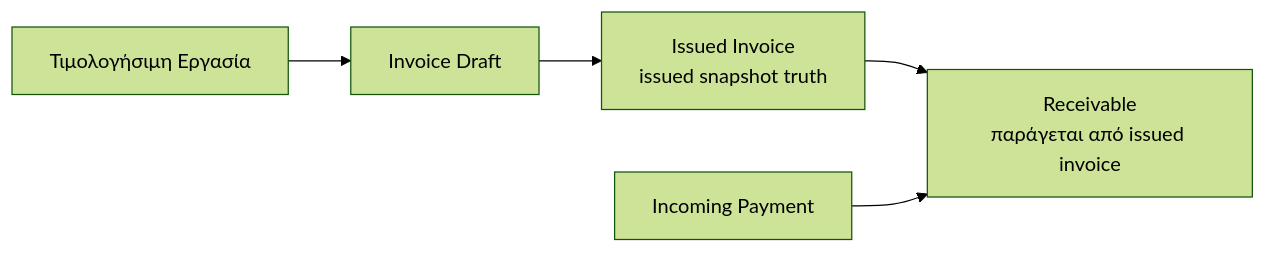
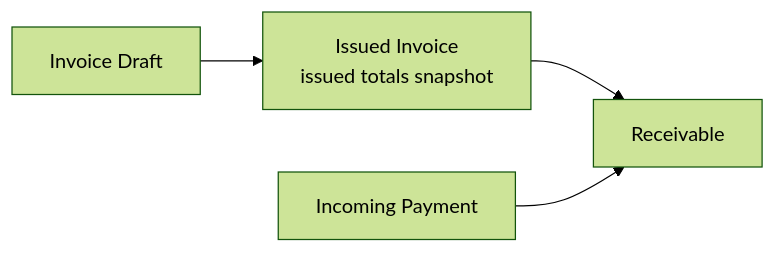
Before and after one commit to Leia-Enterprise-Solutions/Leia-Finance: the first of 3 diagrams in docs/00A - Finance Domain Model & System Alignment v1.md, drawn with Mermaid (forest theme). The commit also changed other lines of this file and 15 other files, not shown here.

````diff
--- a/docs/00A - Finance Domain Model & System Alignment v1.md
+++ b/docs/00A - Finance Domain Model & System Alignment v1.md
@@ -40,11 +124,10 @@
 ```mermaid
 flowchart LR
-    BW[Τιμολογήσιμη Εργασία]
     ID[Invoice Draft]
-    II[Issued Invoice<br/>issued snapshot truth]
-    RCV[Receivable<br/>παράγεται από issued invoice]
+    II[Issued Invoice<br/>issued totals snapshot]
+    RCV[Receivable]
     IP[Incoming Payment]
 
-    BW --> ID --> II --> RCV
+    ID --> II --> RCV
     IP --> RCV
 ```
````
